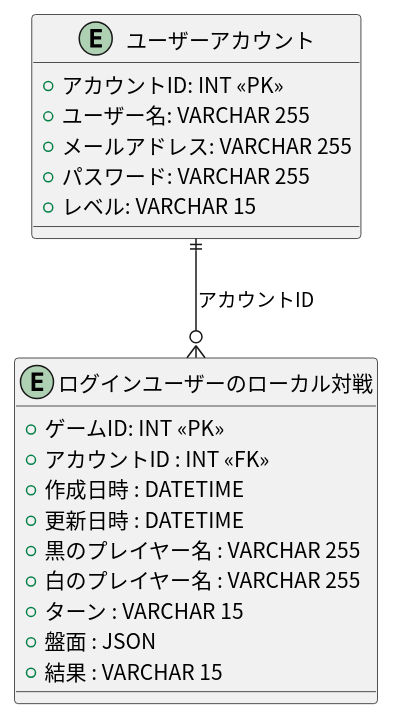
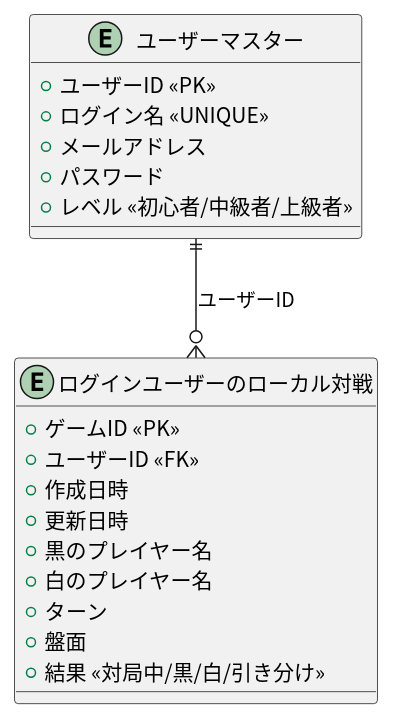
One commit to tomoki-shiozaki/othello changed the diagram in docs/er/er_diagram.pu. Above: the diagram before and after it, drawn with PlantUML. The commit also changed 11 other files, not shown here.

Commit message:
docs: update use case, screen flow, and ER diagrams in docs/README.md

```diff
--- a/docs/er/er_diagram.pu
+++ b/docs/er/er_diagram.pu
@@ -1,25 +1,25 @@
 @startuml er
 skinparam defaultFontName "Noto Sans CJK JP"
-entity "ユーザーアカウント" {
-  +アカウントID: INT <<PK>>
-  +ユーザー名: VARCHAR 255
-  +メールアドレス: VARCHAR 255
-  +パスワード: VARCHAR 255
-  +レベル: VARCHAR 15
+entity "ユーザーマスター" as User {
+  +ユーザーID <<PK>>
+  +ログイン名 <<UNIQUE>>
+  +メールアドレス
+  +パスワード
+  +レベル <<初心者/中級者/上級者>>
 }
 
-entity "ログインユーザーのローカル対戦" {
-  +ゲームID: INT <<PK>>
-  +アカウントID : INT <<FK>>
-  +作成日時 : DATETIME
-  +更新日時 : DATETIME
-  +黒のプレイヤー名 : VARCHAR 255
-  +白のプレイヤー名 : VARCHAR 255
-  +ターン : VARCHAR 15
-  +盤面 : JSON 
-  +結果 : VARCHAR 15
+entity "ログインユーザーのローカル対戦" as AuthenticatedLocalGame {
+  +ゲームID <<PK>>
+  +ユーザーID <<FK>>
+  +作成日時
+  +更新日時
+  +黒のプレイヤー名
+  +白のプレイヤー名
+  +ターン
+  +盤面
+  +結果 <<対局中/黒/白/引き分け>>
 }
 
-"ユーザーアカウント" ||--o{ "ログインユーザーのローカル対戦" : アカウントID
+User ||--o{ AuthenticatedLocalGame : ユーザーID
 
 @enduml
```
